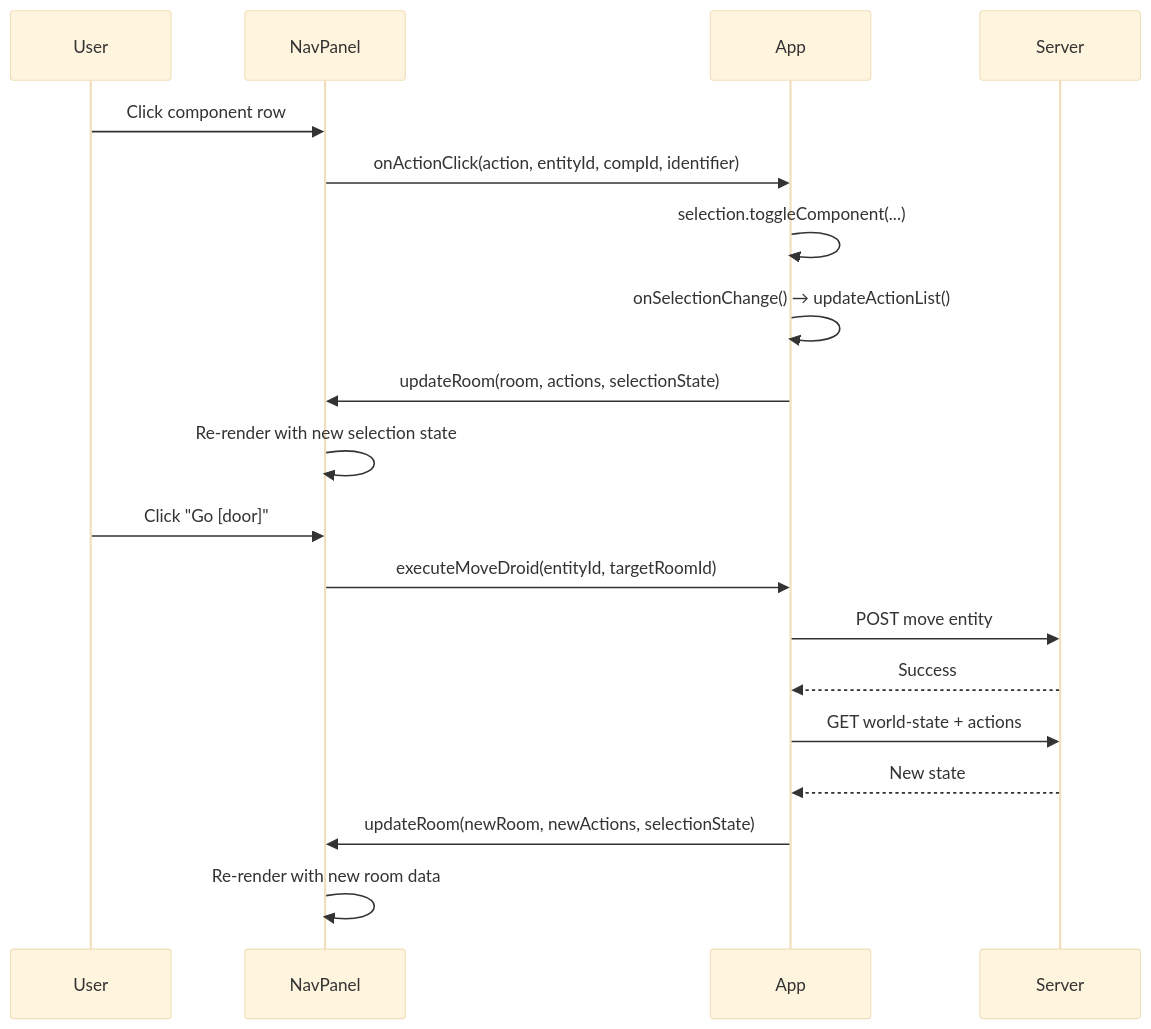
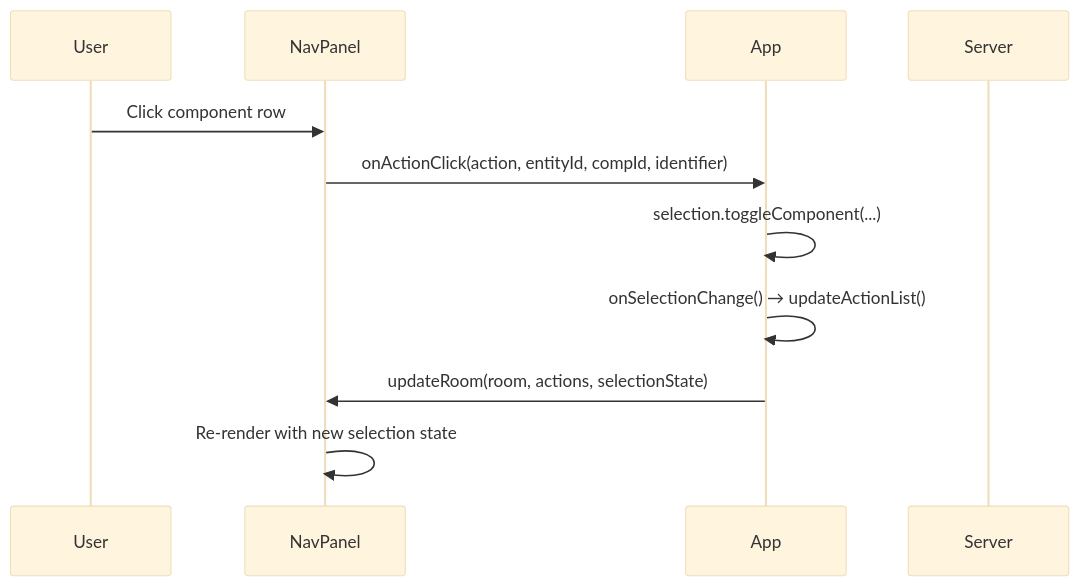
Before and after one commit to Rhuan-P-Dev/slopSimulacrum: the diagram in wiki/subMDs/client_ui.md, drawn with Mermaid (base theme). The commit also changed other lines of this file and 25 other files, not shown here.

````diff
--- a/wiki/subMDs/client_ui.md
+++ b/wiki/subMDs/client_ui.md
@@ -170,23 +174,14 @@
 ```mermaid
 sequenceDiagram
     participant User
     participant NavPanel
     participant App
     participant Server
 
     User->>NavPanel: Click component row
     NavPanel->>App: onActionClick(action, entityId, compId, identifier)
     App->>App: selection.toggleComponent(...)
     App->>App: onSelectionChange() → updateActionList()
     App->>NavPanel: updateRoom(room, actions, selectionState)
     NavPanel->>NavPanel: Re-render with new selection state
-
-    User->>NavPanel: Click "Go [door]"
-    NavPanel->>App: executeMoveDroid(entityId, targetRoomId)
-    App->>Server: POST move entity
-    Server-->>App: Success
-    App->>Server: GET world-state + actions
-    Server-->>App: New state
-    App->>NavPanel: updateRoom(newRoom, newActions, selectionState)
-    NavPanel->>NavPanel: Re-render with new room data
 ```
````
